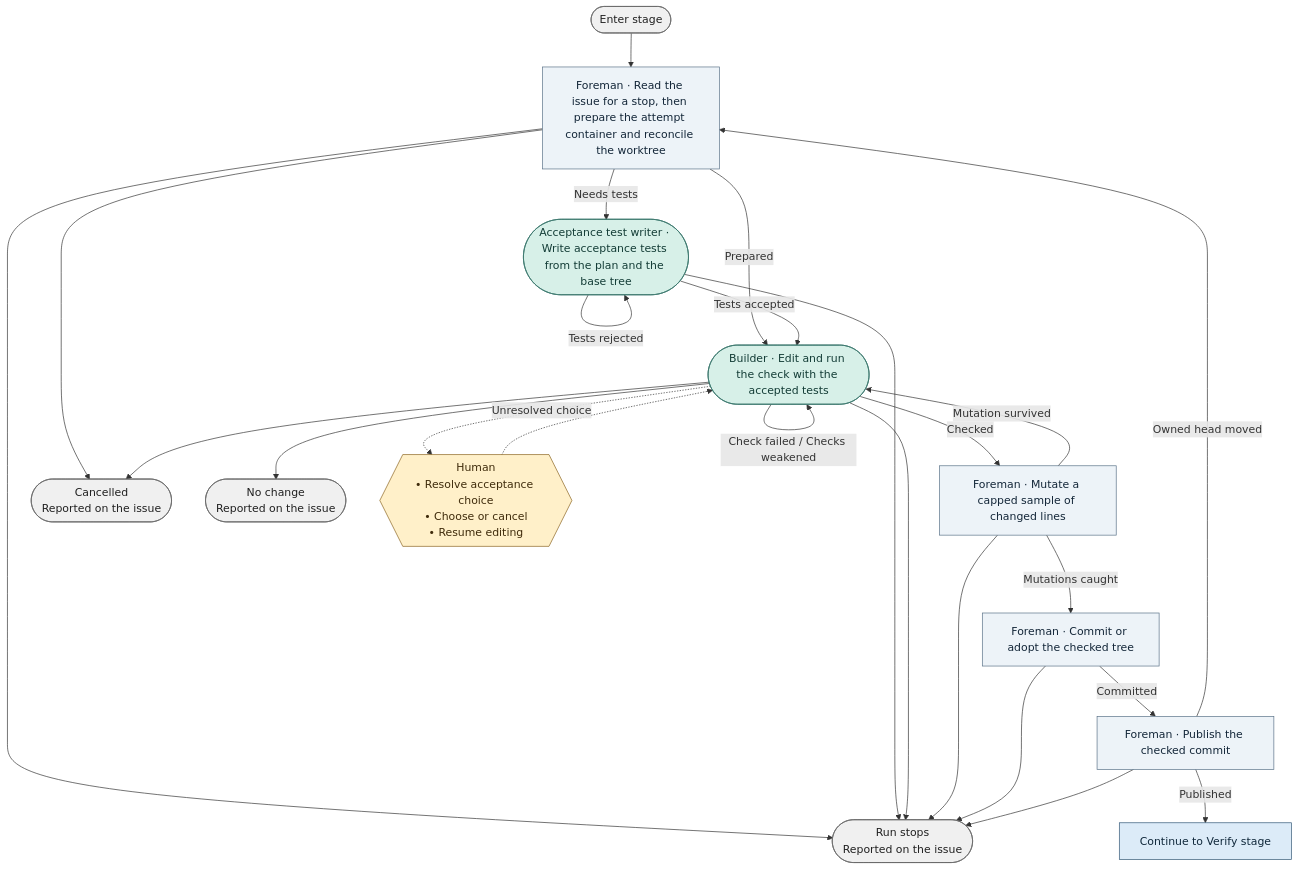
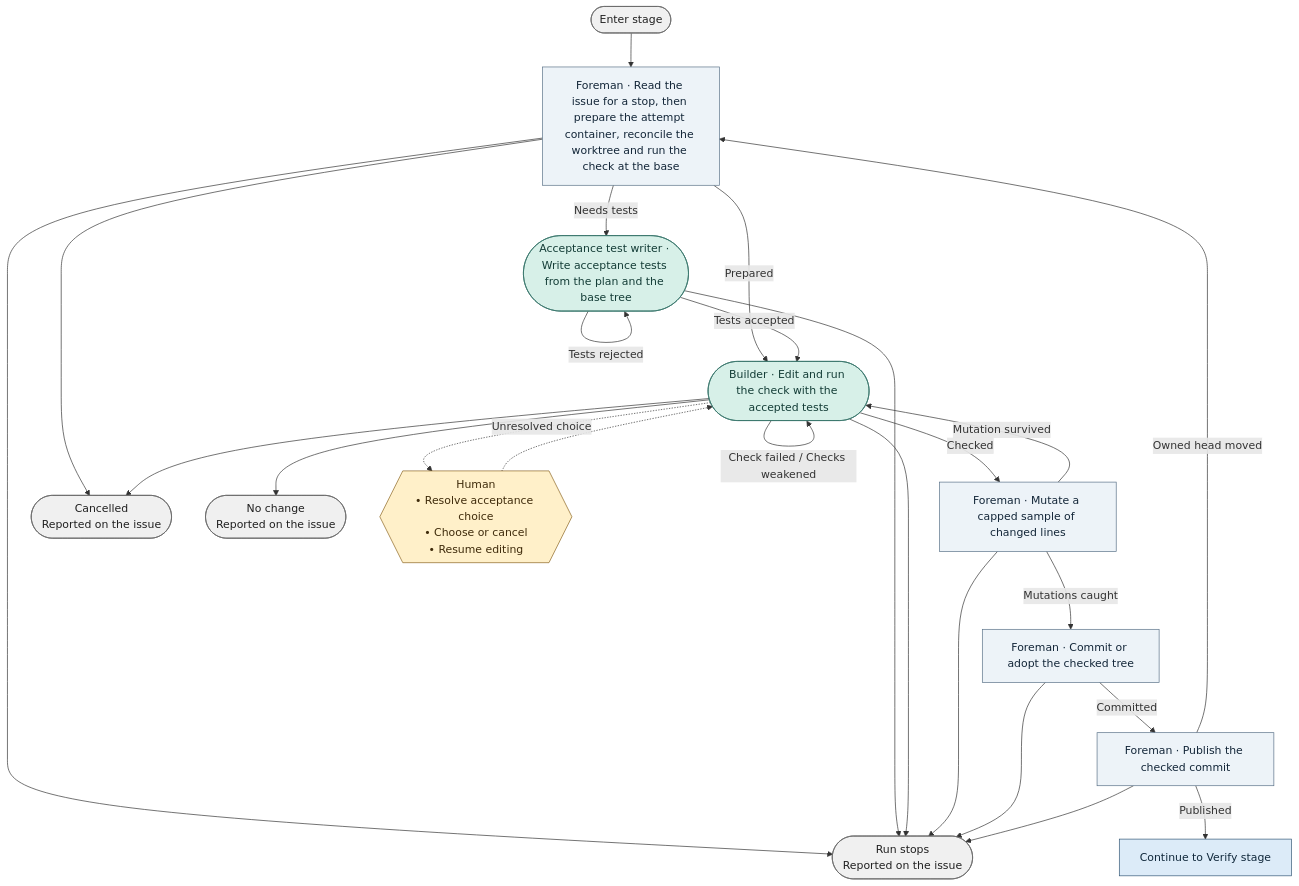
One commit to bookout-labs/tools changed the diagram in docs/graph/blueprint/views/stages/implement.mmd. Above: the diagram before and after it, drawn with Mermaid. The commit also changed 11 other files, not shown here.

Commit message:
Draw Fable's final leftovers: revert admission, base report, Ready re-add, contract interfaces, scorer spend, merge-time stop, test removals

```diff
--- a/docs/graph/blueprint/views/stages/implement.mmd
+++ b/docs/graph/blueprint/views/stages/implement.mmd
@@ -1,41 +1,41 @@
 flowchart TD
     n0(["Enter stage"]):::terminal
-    n1["Foreman · Read the issue for a stop, then prepare the attempt container and reconcile the worktree"]:::step
+    n1["Foreman · Read the issue for a stop, then prepare the attempt container, reconcile the worktree and run the check at the base"]:::step
     n2(["Acceptance test writer · Write acceptance tests from the plan and the base tree"]):::worker
     n3(["Builder · Edit and run the check with the accepted tests"]):::worker
     n4["Foreman · Mutate a capped sample of changed lines"]:::step
     n5["Foreman · Commit or adopt the checked tree"]:::step
     n6["Foreman · Publish the checked commit"]:::step
     n7(["Cancelled<br/>Reported on the issue"]):::terminal
     n8(["Run stops<br/>Reported on the issue"]):::terminal
     n9(["No change<br/>Reported on the issue"]):::terminal
     n10["Continue to Verify stage"]:::stage
     n11{{"Human<br/>• Resolve acceptance choice<br/>• Choose or cancel<br/>• Resume editing"}}:::gate
     n0 --> n1
     n1 --> n7
     n1 --> n8
     n1 -->|"Needs tests"| n2
     n1 -->|"Prepared"| n3
     n2 --> n8
     n2 -->|"Tests rejected"| n2
     n2 -->|"Tests accepted"| n3
     n3 --> n7
     n3 --> n9
     n3 --> n8
     n3 -->|"Check failed / Checks weakened"| n3
     n3 -->|"Checked"| n4
     n4 --> n8
     n4 -->|"Mutation survived"| n3
     n4 -->|"Mutations caught"| n5
     n5 --> n8
     n5 -->|"Committed"| n6
     n6 --> n8
     n6 -->|"Owned head moved"| n1
     n6 -->|"Published"| n10
     n3 -.->|"Unresolved choice"| n11
     n11 -.-> n3
     classDef stage fill:#dcebf8,stroke:#315675,color:#10283b
     classDef step fill:#edf3f8,stroke:#597187,color:#132638
     classDef worker fill:#d7f0e8,stroke:#357369,color:#133c36
     classDef gate fill:#fff0c9,stroke:#89641f,color:#3f2b0b
     classDef terminal fill:#f0f0f0,stroke:#666666,color:#202020
```
